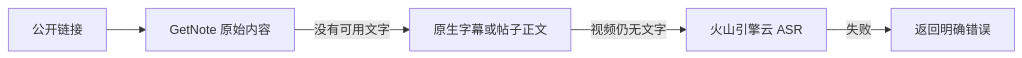
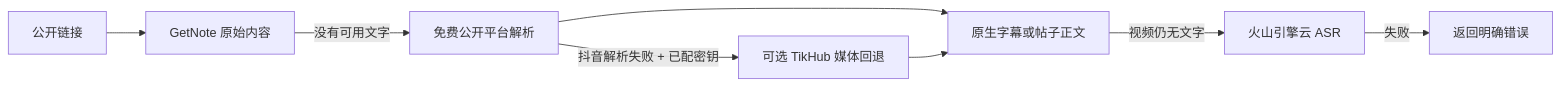
Before and after one commit to JNHFlow21/social-media-toolkit: the diagram in README.zh-CN.md, drawn with Mermaid. The commit also changed other lines of this file and 16 other files, not shown here.

First line of the commit message:
feat: add optional TikHub fallback for Douyin (#15)

````diff
--- a/README.zh-CN.md
+++ b/README.zh-CN.md
@@ -124,7 +127,10 @@
 ```mermaid
 flowchart LR
     U["公开链接"] --> G["GetNote 原始内容"]
-    G -->|"没有可用文字"| N["原生字幕或帖子正文"]
+    G -->|"没有可用文字"| P["免费公开平台解析"]
+    P -->|"抖音解析失败 + 已配密钥"| H["可选 TikHub 媒体回退"]
+    P --> N["原生字幕或帖子正文"]
+    H --> N
     N -->|"视频仍无文字"| V["火山引擎云 ASR"]
     V -->|"失败"| E["返回明确错误"]
 ```
````
